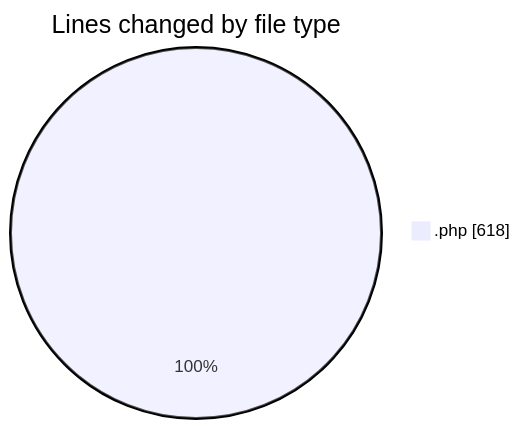
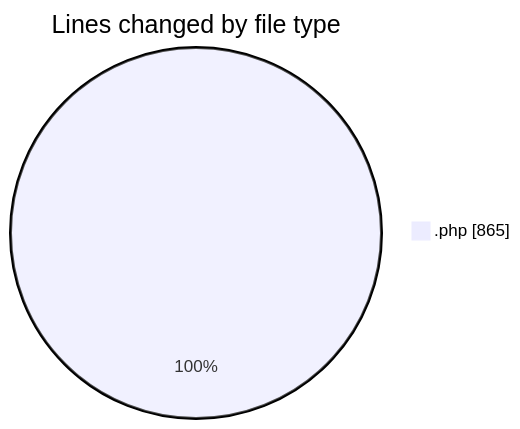
Before and after one commit to debugP/code-tracking: the first of 2 diagrams in 2025-09-24/plugins/README.md, drawn with Mermaid. The commit also changed other lines of this file and 1 other file, not shown here.

````diff
--- a/2025-09-24/plugins/README.md
+++ b/2025-09-24/plugins/README.md
@@ -20,5 +20,5 @@
 ```mermaid
 pie showData
 title Lines changed by file type
-".php" : 618
+".php" : 865
 ```
````
